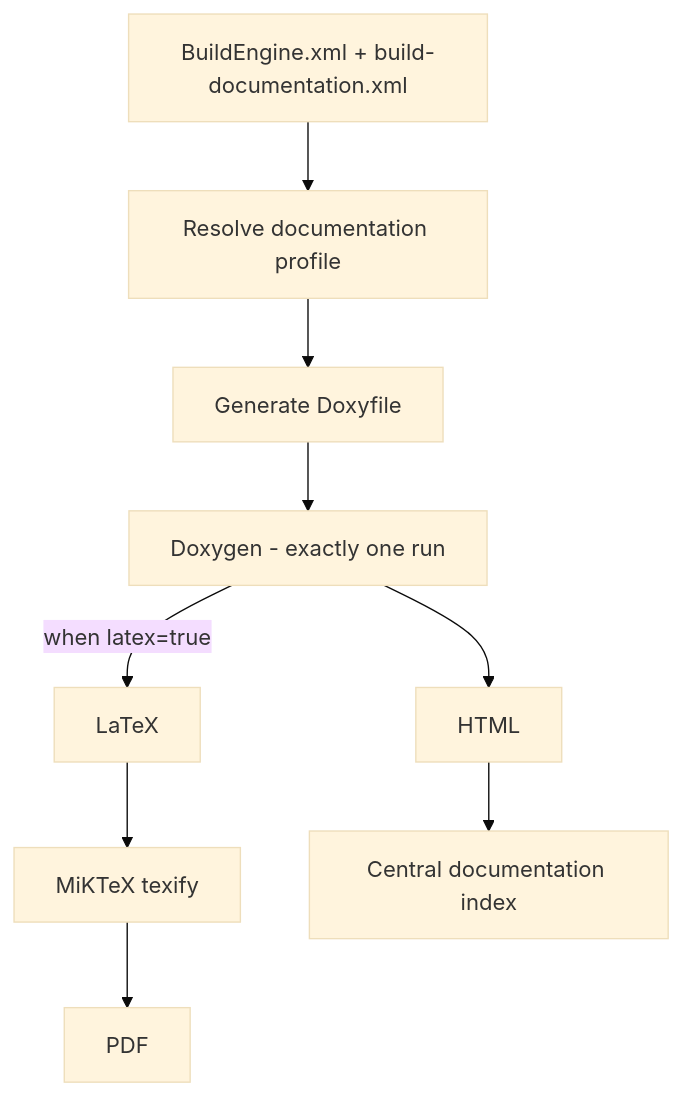
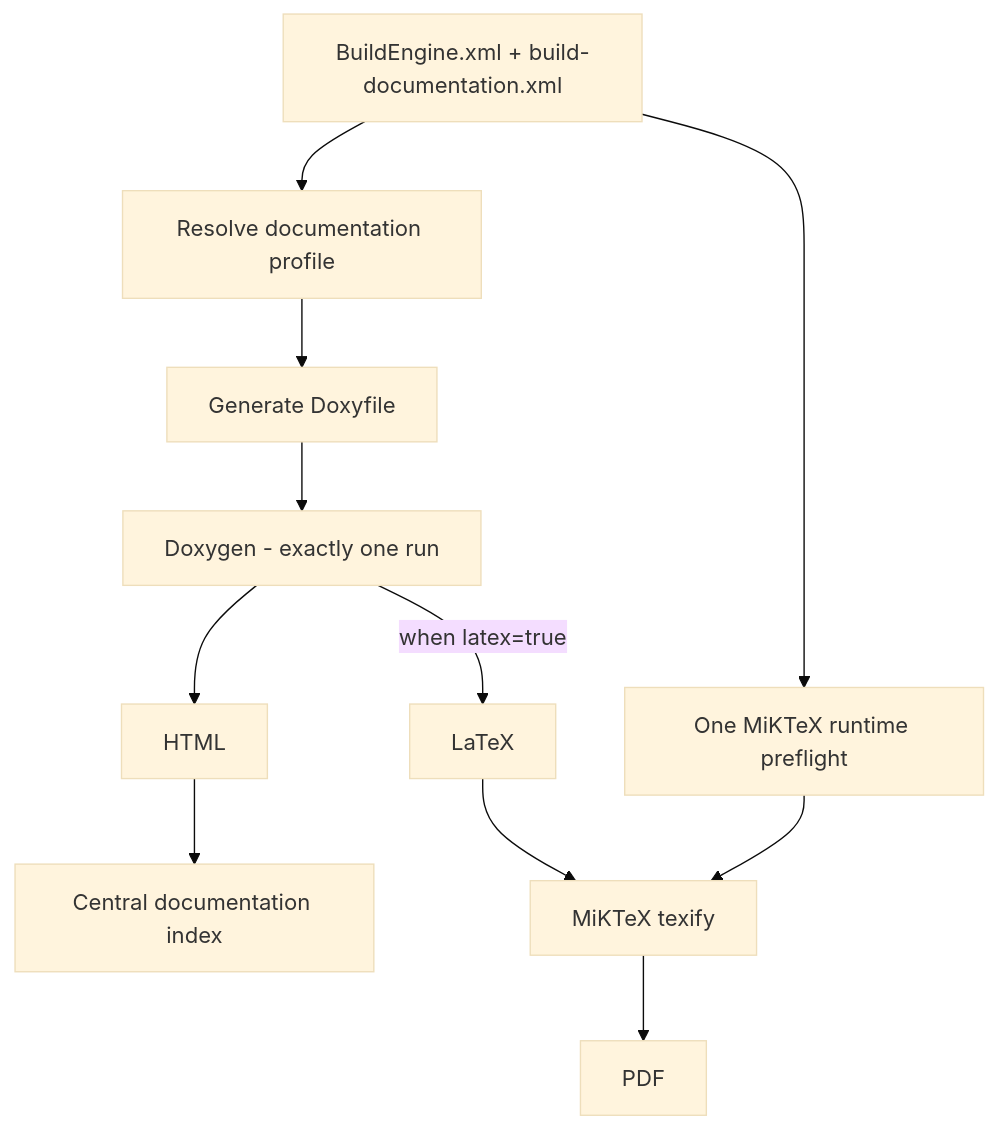
One commit to adeccscholar/BuildEngine-Admin changed the first of 3 diagrams in admin/server-docs/documentation.md. Above: the diagram before and after it, drawn with Mermaid (base theme). The commit also changed other lines of this file, not shown here.

Commit message:
Document MiKTeX runtime preflight

````diff
--- a/admin/server-docs/documentation.md
+++ b/admin/server-docs/documentation.md
@@ -25,11 +25,13 @@
 ```mermaid
 flowchart TD
    C[BuildEngine.xml + build-documentation.xml] --> G[Resolve documentation profile]
    G --> D[Generate Doxyfile]
    D --> X[Doxygen - exactly one run]
    X --> H[HTML]
    X -->|when latex=true| L[LaTeX]
+   C --> R[One MiKTeX runtime preflight]
    L --> M[MiKTeX texify]
+   R --> M
    M --> P[PDF]
    H --> I[Central documentation index]
 ```
````
